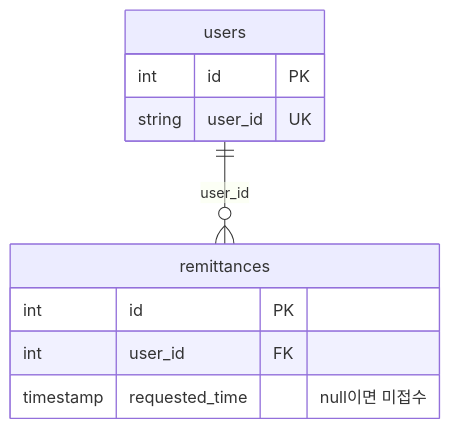
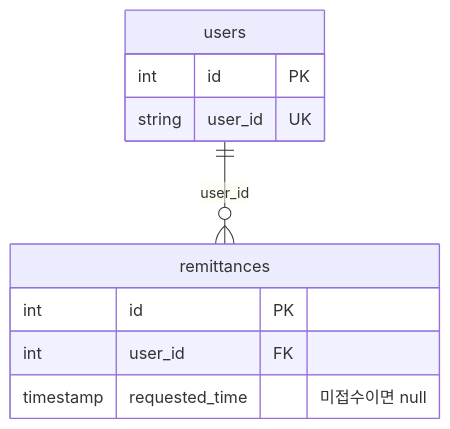
Before and after one commit to ssipflow/GlobalRemittance: the fourth of 4 diagrams in docs/application/architecture.md, drawn with Mermaid. The commit also changed other lines of this file and 5 other files, not shown here.

````diff
--- a/docs/application/architecture.md
+++ b/docs/application/architecture.md
@@ -116,13 +92,13 @@
 ```mermaid
 erDiagram
     users ||--o{ remittances : "user_id"
     users {
         int id PK
         string user_id UK
     }
     remittances {
         int id PK
         int user_id FK
-        timestamp requested_time "null이면 미접수"
+        timestamp requested_time "미접수이면 null"
     }
 ```
````
